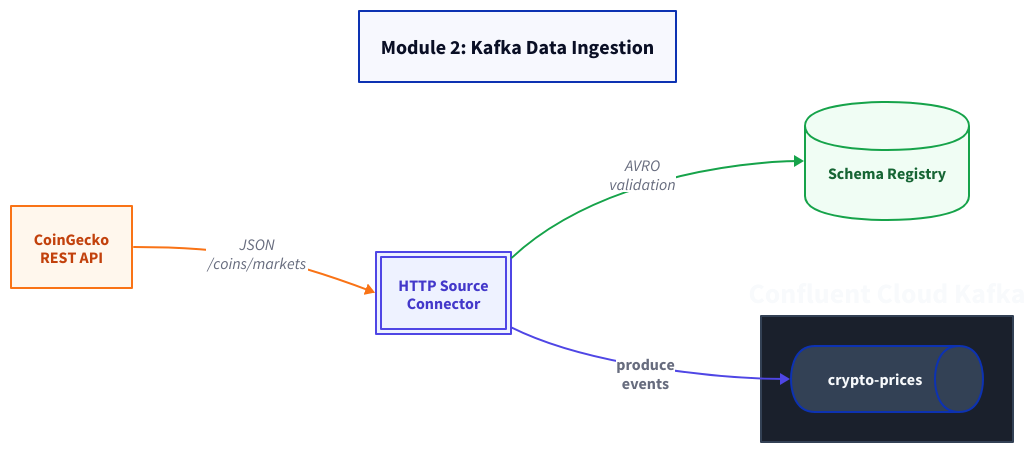
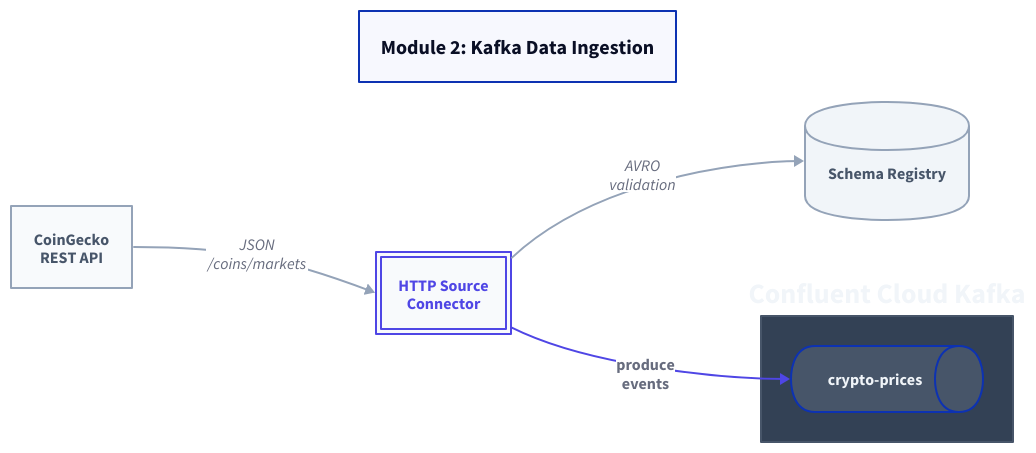
One commit to gAmUssA/gamussa.github.com changed the diagram in diagrams/module2-kafka.d2. Above: the diagram before and after it, drawn with D2. The commit also changed 7 other files, not shown here.

Commit message:
Fix diagram colors: neutral slate palette matching blog design system

```diff
--- a/diagrams/module2-kafka.d2
+++ b/diagrams/module2-kafka.d2
@@ -1,53 +1,53 @@
 direction: right
 
 title: {
   label: "Module 2: Kafka Data Ingestion"
   style.font-size: 20
   style.bold: true
   near: top-center
 }
 
 coingecko: CoinGecko\nREST API {
-  style.fill: "#FFF7ED"
-  style.stroke: "#F97316"
-  style.font-color: "#c2410c"
+  style.fill: "#f8fafc"
+  style.stroke: "#94a3b8"
+  style.font-color: "#475569"
   style.bold: true
 }
 
 connector: HTTP Source\nConnector {
-  style.fill: "#EEF2FF"
+  style.fill: "#f8fafc"
   style.stroke: "#4F46E5"
-  style.font-color: "#4338CA"
+  style.font-color: "#4F46E5"
   style.double-border: true
 }
 
 sr: Schema Registry {
-  style.fill: "#F0FDF4"
-  style.stroke: "#16a34a"
-  style.font-color: "#166534"
+  style.fill: "#f1f5f9"
+  style.stroke: "#94a3b8"
+  style.font-color: "#475569"
   shape: cylinder
 }
 
 kafka: Confluent Cloud Kafka {
-  style.fill: "#1a202c"
-  style.stroke: "#334155"
-  style.font-color: "#f8fafc"
+  style.fill: "#334155"
+  style.stroke: "#475569"
+  style.font-color: "#f1f5f9"
   style.bold: true
 
   crypto-prices: crypto-prices {
     shape: queue
-    style.fill: "#334155"
-    style.font-color: "#f8fafc"
+    style.fill: "#475569"
+    style.font-color: "#f1f5f9"
   }
 }
 
 coingecko -> connector: "JSON\n/coins/markets" {
-  style.stroke: "#F97316"
+  style.stroke: "#94a3b8"
 }
 connector -> sr: "AVRO\nvalidation" {
-  style.stroke: "#16a34a"
+  style.stroke: "#94a3b8"
 }
 connector -> kafka.crypto-prices: "produce\nevents" {
   style.stroke: "#4F46E5"
   style.bold: true
 }
```
